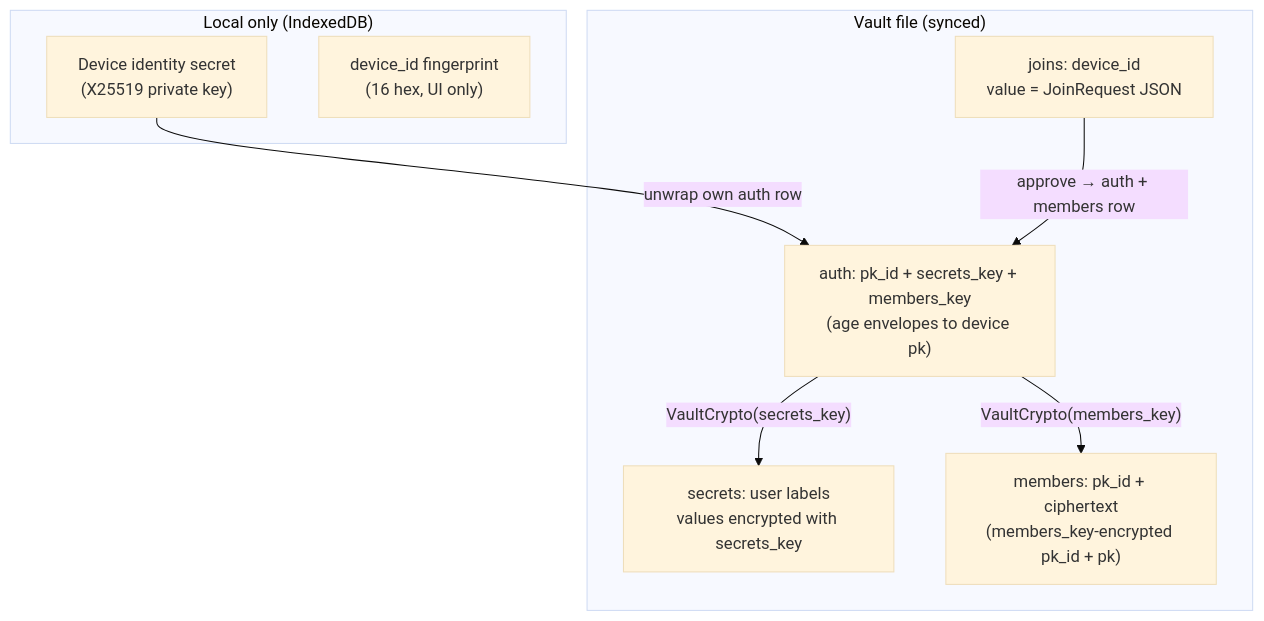
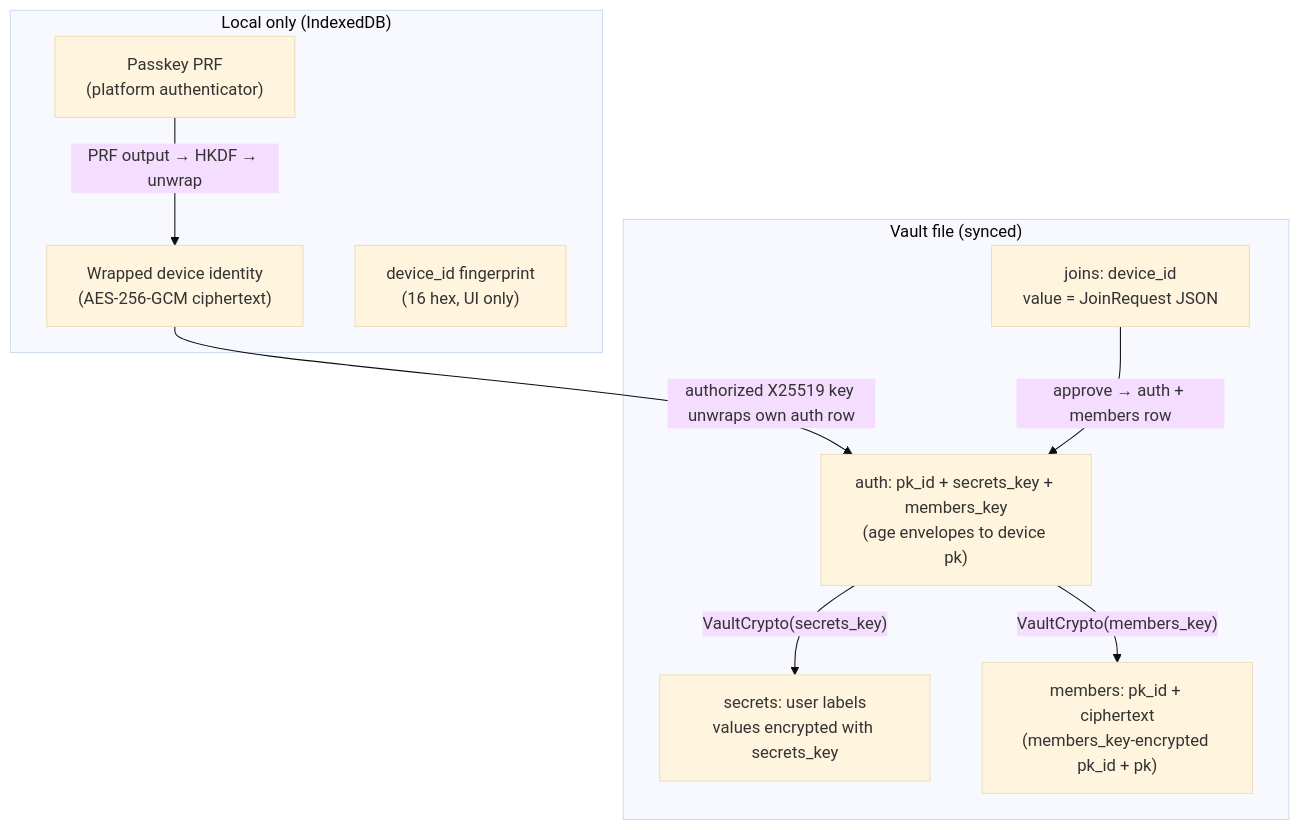
Before and after one commit to meta-secret/nook: the diagram in .cortex/product-specs/decentralized-auth.md, drawn with Mermaid (base theme). The commit also changed other lines of this file and 61 other files, not shown here.

Commit message:
feat(security): protect device keys with passkey PRF

````diff
--- a/.cortex/product-specs/decentralized-auth.md
+++ b/.cortex/product-specs/decentralized-auth.md
@@ -20,19 +20,21 @@
 ```mermaid
 flowchart TB
   subgraph local["Local only (IndexedDB)"]
-    DI["Device identity secret<br/>(X25519 private key)"]
+    DI["Wrapped device identity<br/>(AES-256-GCM ciphertext)"]
+    PK["Passkey PRF<br/>(platform authenticator)"]
     DID["device_id fingerprint<br/>(16 hex, UI only)"]
   end
 
   subgraph vault_file["Vault file (synced)"]
     AUTH["auth: pk_id + secrets_key + members_key<br/>(age envelopes to device pk)"]
     JOIN["joins: device_id<br/>value = JoinRequest JSON"]
     SEC["secrets: user labels<br/>values encrypted with secrets_key"]
     MEM["members: pk_id + ciphertext<br/>(members_key-encrypted pk_id + pk)"]
   end
 
-  DI -->|"unwrap own auth row"| AUTH
+  PK -->|"PRF output → HKDF → unwrap"| DI
+  DI -->|"authorized X25519 key unwraps own auth row"| AUTH
   AUTH -->|"VaultCrypto(secrets_key)"| SEC
   AUTH -->|"VaultCrypto(members_key)"| MEM
   JOIN -->|"approve → auth + members row"| AUTH
 ```
````
